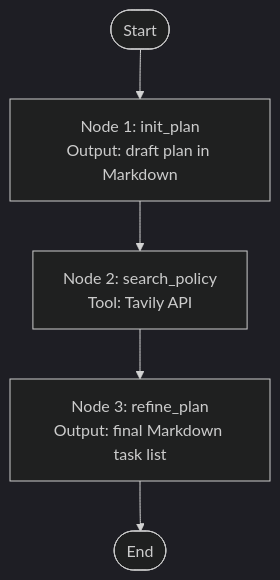
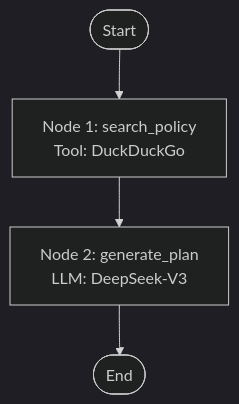
Before and after one commit to chipfighter/gaokao_tutor: the third of 3 diagrams in docs/architecture/DIAGRAMS.md, drawn with Mermaid (dark theme). The commit also changed other lines of this file and 4 other files, not shown here.

````diff
--- a/docs/architecture/DIAGRAMS.md
+++ b/docs/architecture/DIAGRAMS.md
@@ -102,10 +71,8 @@
 ```mermaid
 graph TD
-    B_START([Start]) --> P1["Node 1: init_plan<br/>Output: draft plan in Markdown"]
+    B_START([Start]) --> P1["Node 1: search_policy<br/>Tool: DuckDuckGo"]
 
-    P1 --> P2["Node 2: search_policy<br/>Tool: Tavily API"]
+    P1 --> P2["Node 2: generate_plan<br/>LLM: DeepSeek-V3"]
 
-    P2 --> P3["Node 3: refine_plan<br/>Output: final Markdown task list"]
-
-    P3 --> B_END([End])
+    P2 --> B_END([End])
 ```
````
